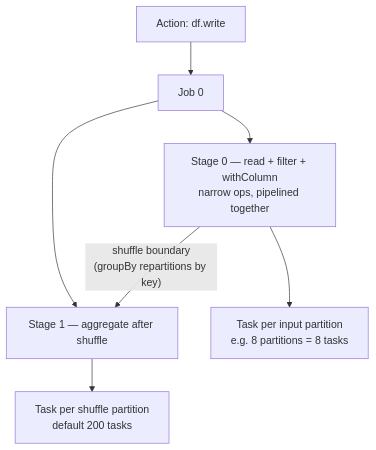
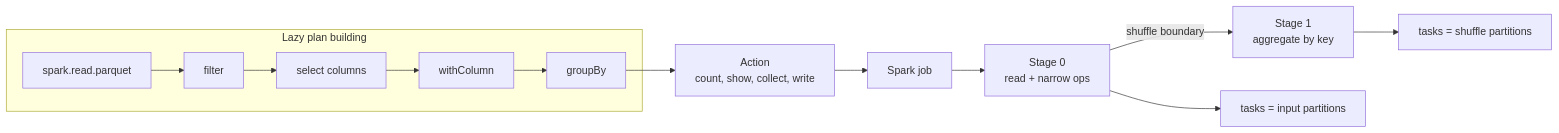
Before and after one commit to Ishan01official/spark-learning-lab: the diagram in diagrams/04_lazy_evaluation_and_dag.md, drawn with Mermaid. The commit also changed other lines of this file and 64 other files, not shown here.

````diff
--- a/diagrams/04_lazy_evaluation_and_dag.md
+++ b/diagrams/04_lazy_evaluation_and_dag.md
@@ -31,12 +16,16 @@
 ```mermaid
-flowchart TB
-    A["Action: df.write"] --> JOB["Job 0"]
+flowchart LR
+    subgraph Lazy["Lazy plan building"]
+        Read["spark.read.parquet"] --> Filter["filter"]
+        Filter --> Select["select columns"]
+        Select --> Add["withColumn"]
+        Add --> Group["groupBy"]
+    end
 
-    JOB --> S1["Stage 0 — read + filter + withColumn<br/>narrow ops, pipelined together"]
-    JOB --> S2["Stage 1 — aggregate after shuffle"]
-
-    S1 -->|"shuffle boundary<br/>(groupBy repartitions by key)"| S2
-
-    S1 --> T1["Task per input partition<br/>e.g. 8 partitions = 8 tasks"]
-    S2 --> T2["Task per shuffle partition<br/>default 200 tasks"]
+    Group --> Action["Action<br/>count, show, collect, write"]
+    Action --> Job["Spark job"]
+    Job --> Stage1["Stage 0<br/>read + narrow ops"]
+    Stage1 -->|"shuffle boundary"| Stage2["Stage 1<br/>aggregate by key"]
+    Stage1 --> Tasks1["tasks = input partitions"]
+    Stage2 --> Tasks2["tasks = shuffle partitions"]
 ```
````
